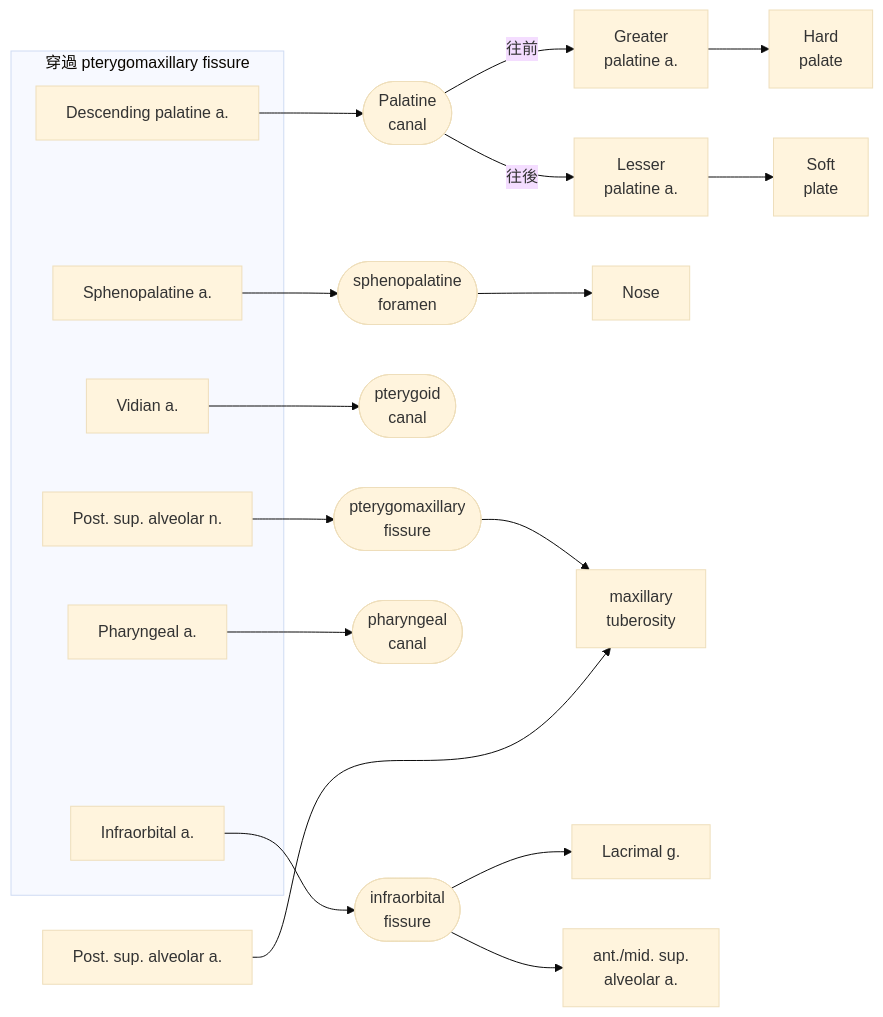
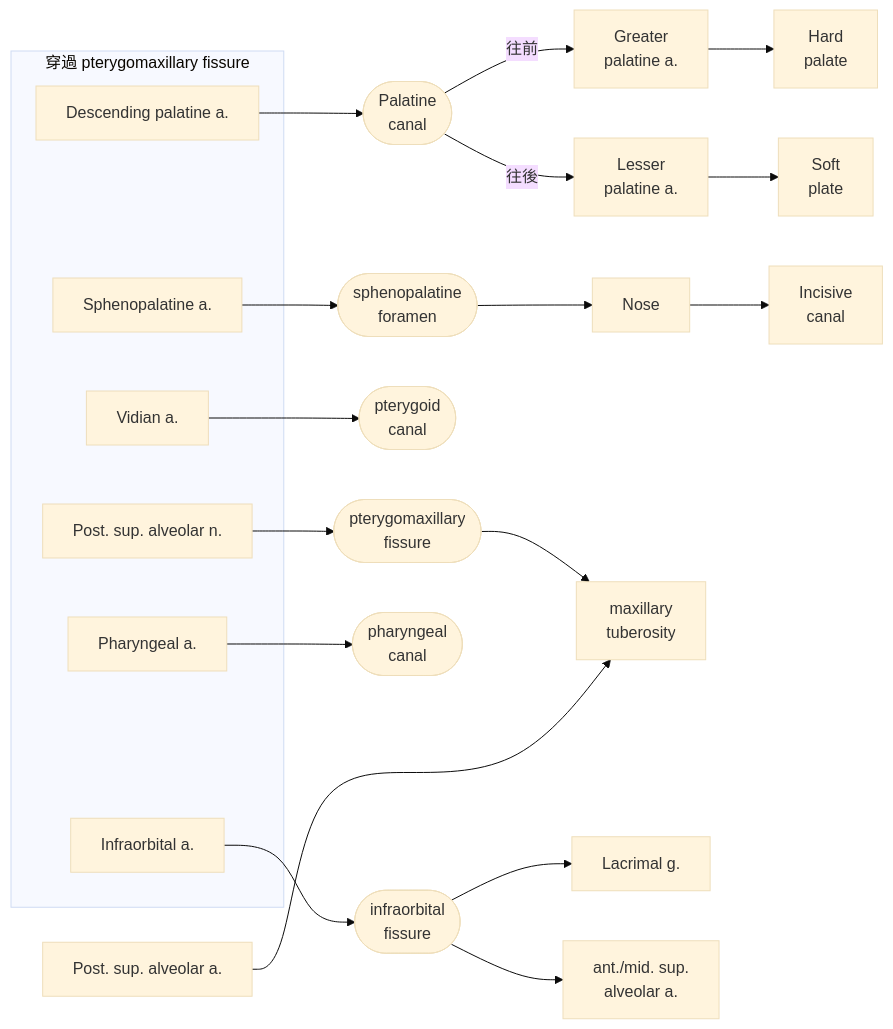
Before and after one commit to hsiu-chan/notebook: the sixth of 20 diagrams in notes/口解.md, drawn with Mermaid (base theme). The commit also changed other lines of this file and 6 other files, not shown here.

````diff
--- a/notes/口解.md
+++ b/notes/口解.md
@@ -194,32 +199,32 @@
 ```mermaid
 flowchart  LR
 psan[Post. sup. alveolar n.]
 io[Infraorbital a.]
 dp[Descending palatine a.]
 v[Vidian a.]
 ph[Pharyngeal a.]
 sp[Sphenopalatine a.]
 psa[Post. sup. alveolar a.]
 
 subgraph a[穿過 pterygomaxillary fissure]
 io & sp & v & ph & dp & psan
 end
 iof([infraorbital<br>fissure])
 sf([sphenopalatine<br>foramen])
 p([pterygoid<br>canal])
 pc([Palatine<br>canal])
 phc([pharyngeal<br>canal])
 pf([pterygomaxillary<br>fissure])
 
 v-->p
 dp-->pc
 pc-->|往前|gp[Greater<br>palatine a.]-->hpl[Hard <br>palate]
 pc-->|往後|lp[Lesser<br>palatine a.]-->spl[Soft <br>plate]
-sp-->sf-->n[Nose]
+sp-->sf-->n[Nose]-->ic[Incisive<br>canal]
 psan-->pf-->mt
 io-->iof-->ee[Lacrimal g.]
 iof-->sa[ant./mid. sup.<br>alveolar a.]
 ph-->phc
 psa--->mt[maxillary<br>tuberosity]
 
 ```
````
